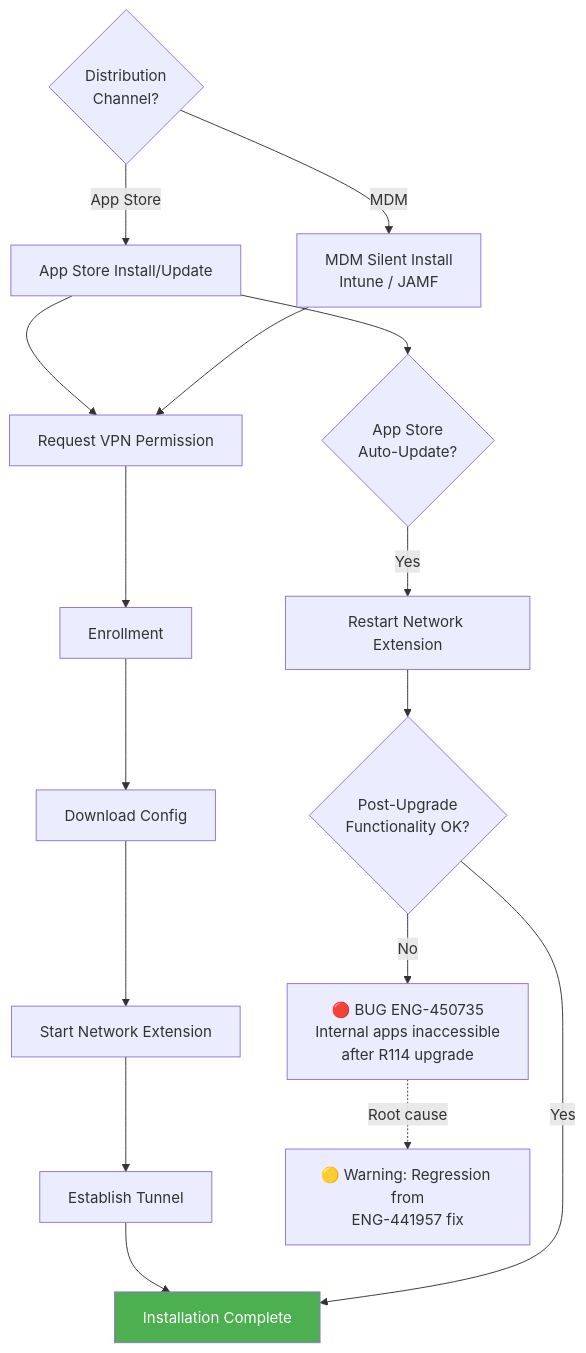
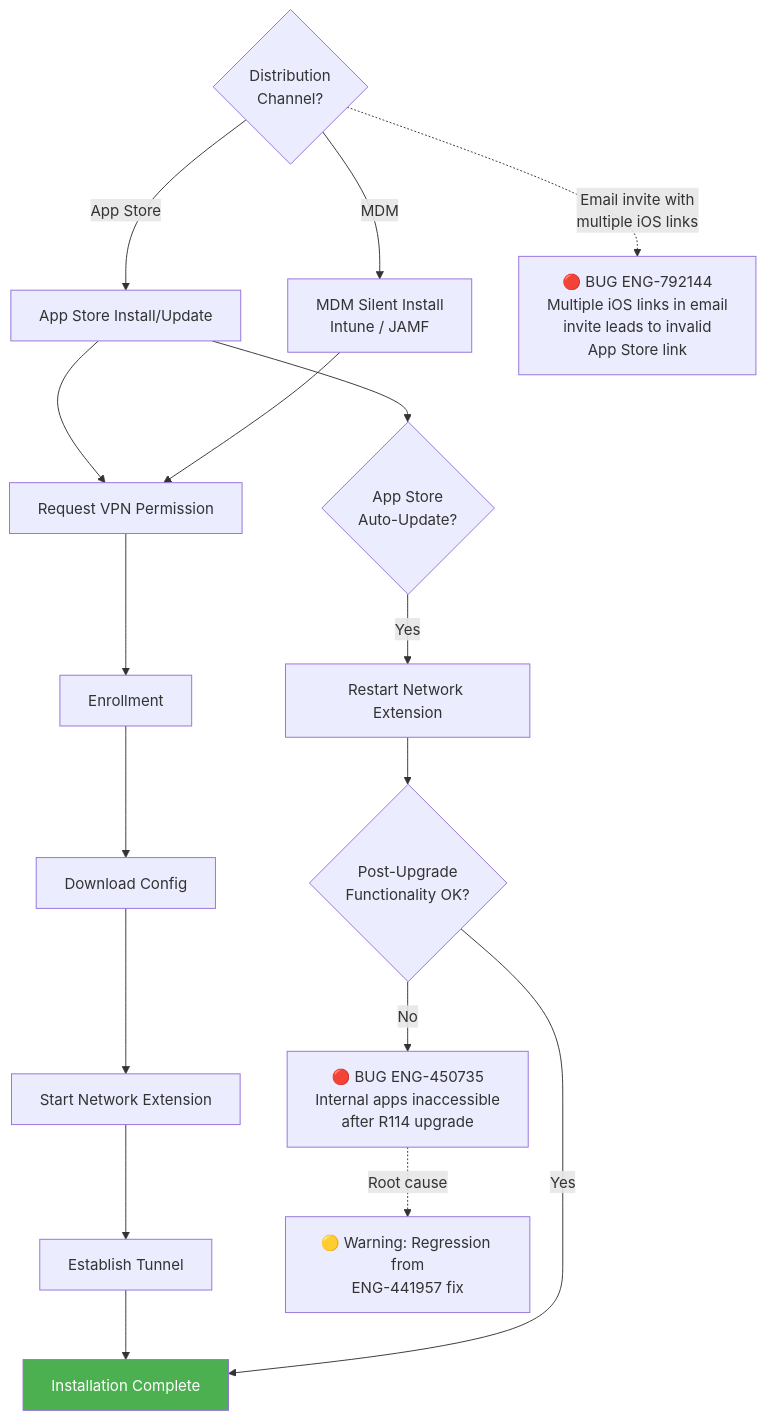
One commit to ns-klin/endpoint_system_test_plan changed diagram 11 of 15 in chapters/01_installation.md. Above: the diagram before and after it, drawn with Mermaid. The commit also changed other lines of this file and 26 other files, not shown here.

First line of the commit message:
Add 87 bugs from Excel enrichment and integrate into mermaid diagrams

````diff
--- a/chapters/01_installation.md
+++ b/chapters/01_installation.md
@@ -786,23 +801,25 @@
 ```mermaid
 flowchart TD
     START{Distribution<br/>Channel?} -->|App Store| APPSTORE[App Store Install/Update]
     START -->|MDM| MDM[MDM Silent Install<br/>Intune / JAMF]
 
     APPSTORE --> VPN_PERM[Request VPN Permission]
     MDM --> VPN_PERM
 
     VPN_PERM --> ENROLL[Enrollment]
     ENROLL --> CONFIG[Download Config]
     CONFIG --> NE[Start Network Extension]
     NE --> TUNNEL[Establish Tunnel]
     TUNNEL --> DONE[Installation Complete]
 
     APPSTORE --> UPGRADE{App Store<br/>Auto-Update?}
     UPGRADE -->|Yes| RESTART[Restart Network Extension]
     RESTART --> REGRESSION_CHECK{Post-Upgrade<br/>Functionality OK?}
     REGRESSION_CHECK -->|Yes| DONE
     REGRESSION_CHECK -->|No| BUG_REGRESS["🔴 BUG ENG-450735<br/>Internal apps inaccessible<br/>after R114 upgrade"]
     BUG_REGRESS -.->|Root cause| RISK_FIX["🟡 Warning: Regression from<br/>ENG-441957 fix"]
 
+    START -.->|Email invite with<br/>multiple iOS links| BUG_IOSLINK["🔴 BUG ENG-792144<br/>Multiple iOS links in email<br/>invite leads to invalid<br/>App Store link"]
+
     style DONE fill:#4CAF50,color:#fff
 ```
````
